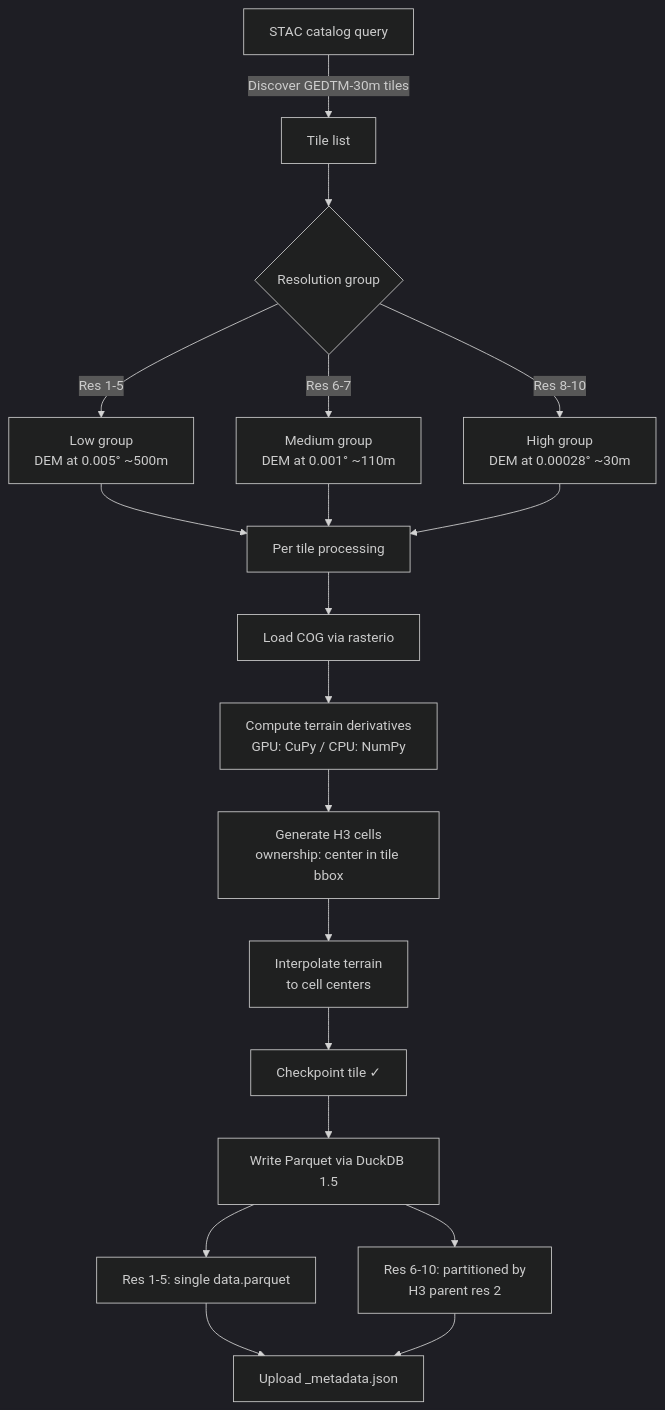
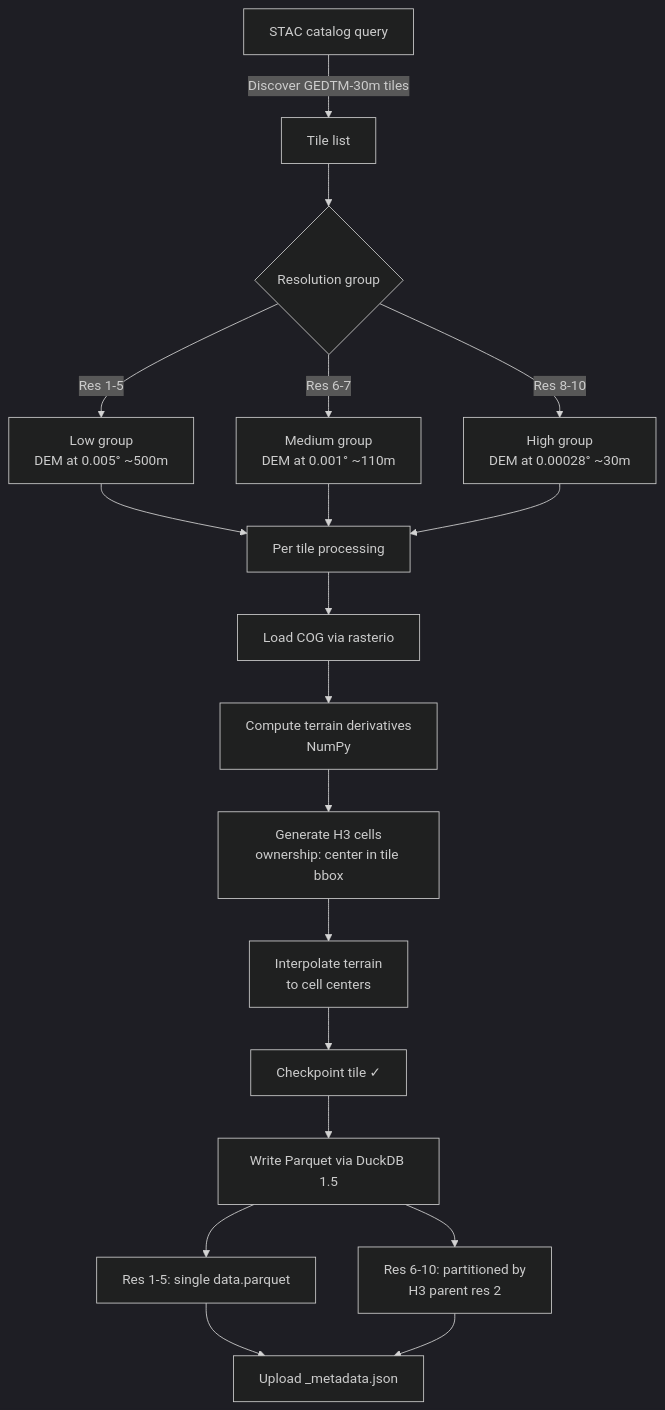
The second of 4 diagrams in docs/workflow.md (walkthru-earth/dem-terrain), drawn with Mermaid (dark theme) before and after one commit. The commit also changed other lines of this file and 1 other file, not shown here.

First line of the commit message:
Update docs to reflect CPU Node instead of GPU instance

````diff
--- a/docs/workflow.md
+++ b/docs/workflow.md
@@ -23,26 +23,26 @@
 ```mermaid
 flowchart TD
     A[STAC catalog query] -->|Discover GEDTM-30m tiles| B[Tile list]
     B --> C{Resolution group}
 
     C -->|Res 1-5| D[Low group<br/>DEM at 0.005° ~500m]
     C -->|Res 6-7| E[Medium group<br/>DEM at 0.001° ~110m]
     C -->|Res 8-10| F[High group<br/>DEM at 0.00028° ~30m]
 
     D --> G[Per tile processing]
     E --> G
     F --> G
 
     G --> G1[Load COG via rasterio]
-    G1 --> G2[Compute terrain derivatives<br/>GPU: CuPy / CPU: NumPy]
+    G1 --> G2[Compute terrain derivatives<br/>NumPy]
     G2 --> G3[Generate H3 cells<br/>ownership: center in tile bbox]
     G3 --> G4[Interpolate terrain<br/>to cell centers]
     G4 --> G5[Checkpoint tile ✓]
 
     G5 --> H[Write Parquet via DuckDB 1.5]
     H --> H1[Res 1-5: single data.parquet]
     H --> H2[Res 6-10: partitioned by<br/>H3 parent res 2]
 
     H1 --> I[Upload _metadata.json]
     H2 --> I
 ```
````
